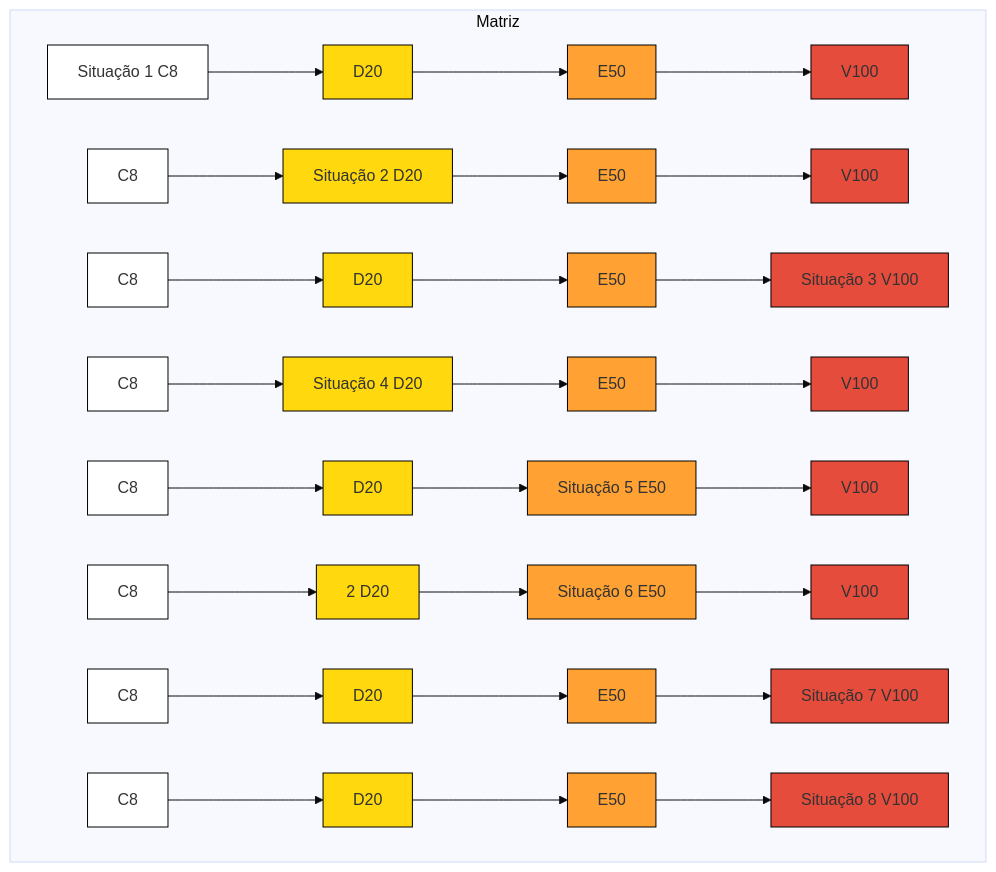
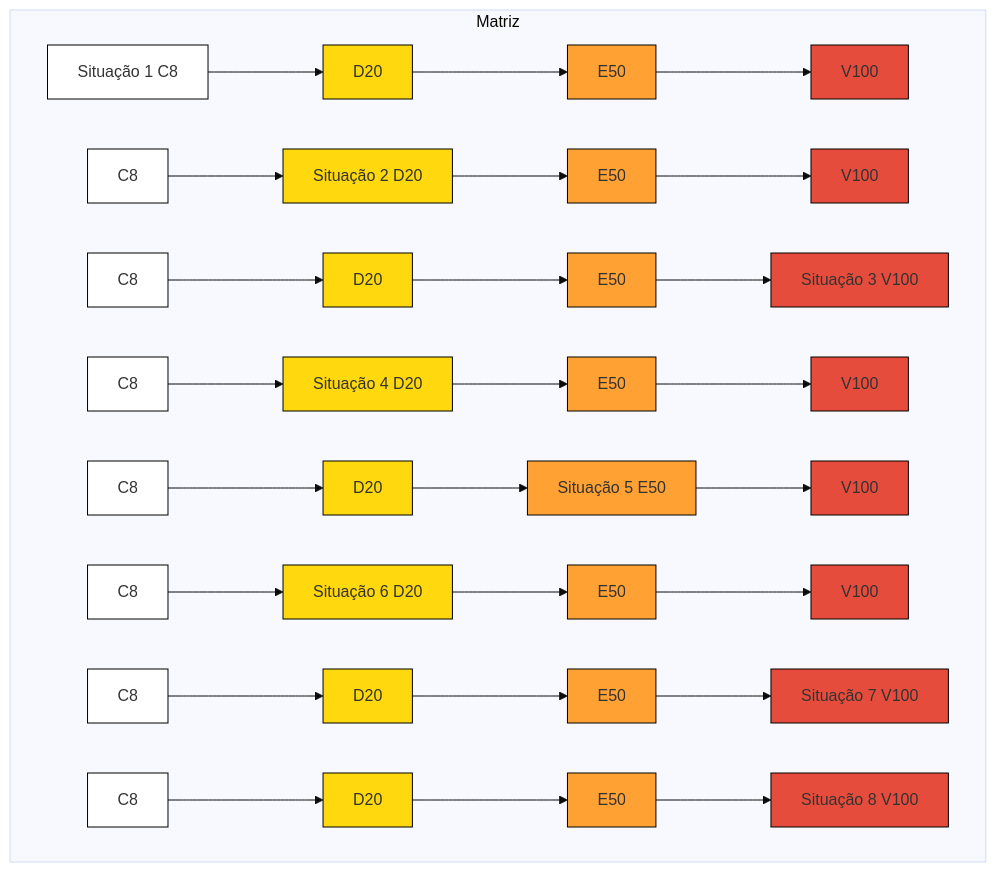
One commit to AnandaMazine/Metodo-Agil-Crystal changed the diagram in README.md. Above: the diagram before and after it, drawn with Mermaid (base theme).

````diff
--- a/README.md
+++ b/README.md
@@ -3,18 +3,20 @@
 ```mermaid
 graph TD
   subgraph Matriz
-A1["Situação 1 C8"]:::branco --> A2["D20"]:::amarelo --> A3["E50"]:::laranja --> A4["V100"]:::vermelho
-B1["C8"]:::branco --> B2["Situação 2 D20"]:::amarelo --> B3["E50"]:::laranja --> B4["V100"]:::vermelho
-C1["C8"]:::branco --> C2["D20"]:::amarelo --> C3["E50"]:::laranja --> C4["Situação 3 V100"]:::vermelho
-D1["C8"]:::branco --> D2["Situação 4 D20"]:::amarelo --> D3["E50"]:::laranja --> D4["V100"]:::vermelho
-E1["C8"]:::branco --> E2["D20"]:::amarelo --> E3["Situação 5 E50"]:::laranja --> E4["V100"]:::vermelho
-F1["C8"]:::branco --> F2["2 D20"]:::amarelo --> F3["Situação 6 E50"]:::laranja --> F4["V100"]:::vermelho
-G1["C8"]:::branco --> G2["D20"]:::amarelo --> G3["E50"]:::laranja --> G4["Situação 7 V100"]:::vermelho
-H1["C8"]:::branco --> H2["D20"]:::amarelo --> H3["E50"]:::laranja --> H4["Situação 8 V100"]:::vermelho
+    A1["Situação 1 C8"]:::branco --> A2["D20"]:::amarelo --> A3["E50"]:::laranja --> A4["V100"]:::vermelho
+    B1["C8"]:::branco --> B2["Situação 2 D20"]:::amarelo --> B3["E50"]:::laranja --> B4["V100"]:::vermelho
+    C1["C8"]:::branco --> C2["D20"]:::amarelo --> C3["E50"]:::laranja --> C4["Situação 3 V100"]:::vermelho
+    D1["C8"]:::branco --> D2["Situação 4 D20"]:::amarelo --> D3["E50"]:::laranja --> D4["V100"]:::vermelho
+    E1["C8"]:::branco --> E2["D20"]:::amarelo --> E3["Situação 5 E50"]:::laranja --> E4["V100"]:::vermelho
+    F1["C8"]:::branco --> F2["Situação 6 D20"]:::amarelo --> F3["E50"]:::laranja --> F4["V100"]:::vermelho
+    G1["C8"]:::branco --> G2["D20"]:::amarelo --> G3["E50"]:::laranja --> G4["Situação 7 V100"]:::vermelho
+    H1["C8"]:::branco --> H2["D20"]:::amarelo --> H3["E50"]:::laranja --> H4["Situação 8 V100"]:::vermelho
+  end
 
-end
-classDef branco fill:#fff, stroke:#000, stroke-width:1px;
-classDef amarelo fill:#FFD80D, stroke:#000, stroke-width:1px;
-classDef laranja fill:#FFA233, stroke:#000, stroke-width:1px;
-classDef vermelho fill:#E64C3C, stroke:#000, stroke-width:1px;
+  %% Definições de estilo
+  classDef branco fill:#ffffff,stroke:#000,stroke-width:1px;
+  classDef amarelo fill:#FFD80D,stroke:#000,stroke-width:1px;
+  classDef laranja fill:#FFA233,stroke:#000,stroke-width:1px;
+  classDef vermelho fill:#E64C3C,stroke:#000,stroke-width:1px;
+
 ```
````
